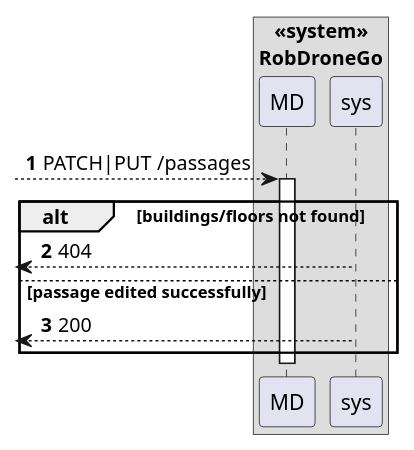
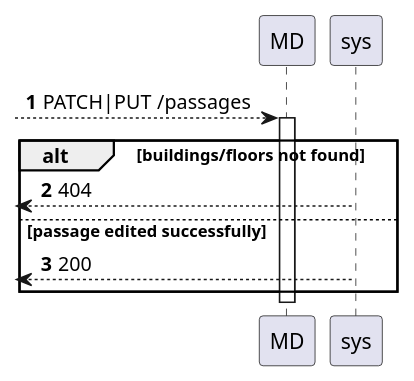
The diagram in docs/us250/level2/process-view.puml (Departamento-de-Engenharia-Informatica/lapr5-23-24-g19), drawn with PlantUML before and after one commit. The commit also changed 5 other files, not shown here.

```diff
--- a/docs/us250/level2/process-view.puml
+++ b/docs/us250/level2/process-view.puml
@@ -1,18 +1,16 @@
 @startuml
 autonumber
 
-box "   <<system>>\nRobDroneGo"
 participant "MD" as md
-
 
 [--> md: PATCH|PUT /passages
 
 activate md
     alt buildings/floors not found
         [<-- sys : 404
     else passage edited successfully
-        [<-- sys  : 200
+        [<-- sys : 200
     end
 deactivate md
 
 @enduml
```
